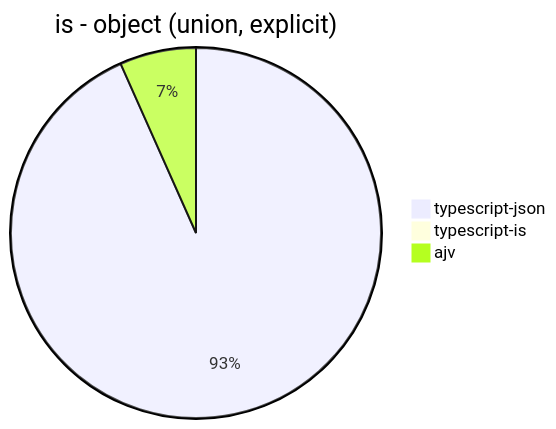
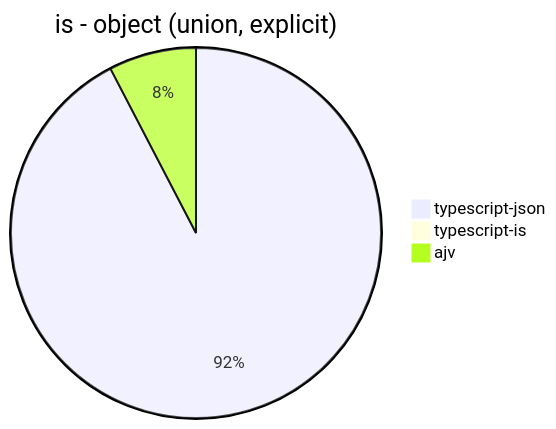
The ninth of 30 diagrams in benchmark/results/Apple M1.md (samchon/typia), drawn with Mermaid before and after one commit. The commit also changed other lines of this file, not shown here.

````diff
--- a/benchmark/results/Apple M1.md
+++ b/benchmark/results/Apple M1.md
@@ -92,6 +93,6 @@
 ```mermaid
 pie title is - object (union, explicit)
-  "typescript-json": 20756.552962298025
+  "typescript-json": 18027.5656546843
   "typescript-is": 0
-  "ajv": 1483.0809497102262
+  "ajv": 1491.0135260329812
 ```
````
